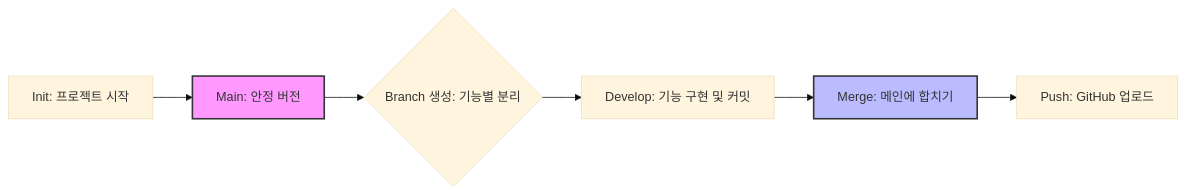
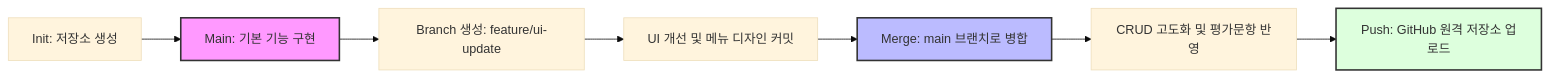
The diagram in A1-1_Summary.md (mustiolla/prompt_manager), drawn with Mermaid (base theme) before and after one commit. The commit also changed other lines of this file and 2 other files, not shown here.

Commit message:
docs: 평가문항(항목 1~4) 심층 검증 및 기술 답변서 반영, README 최신화

````diff
--- a/A1-1_Summary.md
+++ b/A1-1_Summary.md
@@ -62,11 +79,13 @@
 ```mermaid
 graph LR
-    A[Init: 프로젝트 시작] --> B[Main: 안정 버전]
-    B --> C{Branch 생성: 기능별 분리}
-    C --> D[Develop: 기능 구현 및 커밋]
-    D --> E[Merge: 메인에 합치기]
-    E --> F[Push: GitHub 업로드]
+    A[Init: 저장소 생성] --> B[Main: 기본 기능 구현]
+    B --> C[Branch 생성: feature/ui-update]
+    C --> D[UI 개선 및 메뉴 디자인 커밋]
+    D --> E[Merge: main 브랜치로 병합]
+    E --> F[CRUD 고도화 및 평가문항 반영]
+    F --> G[Push: GitHub 원격 저장소 업로드]
     
     style B fill:#f9f,stroke:#333,stroke-width:2px
     style E fill:#bbf,stroke:#333,stroke-width:2px
+    style G fill:#dfd,stroke:#333,stroke-width:2px
 ```
````
